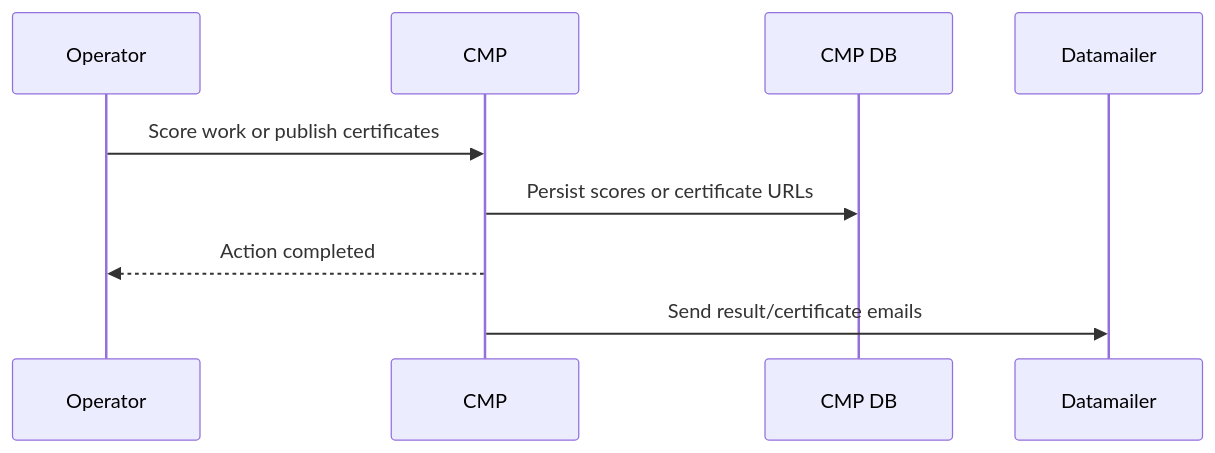
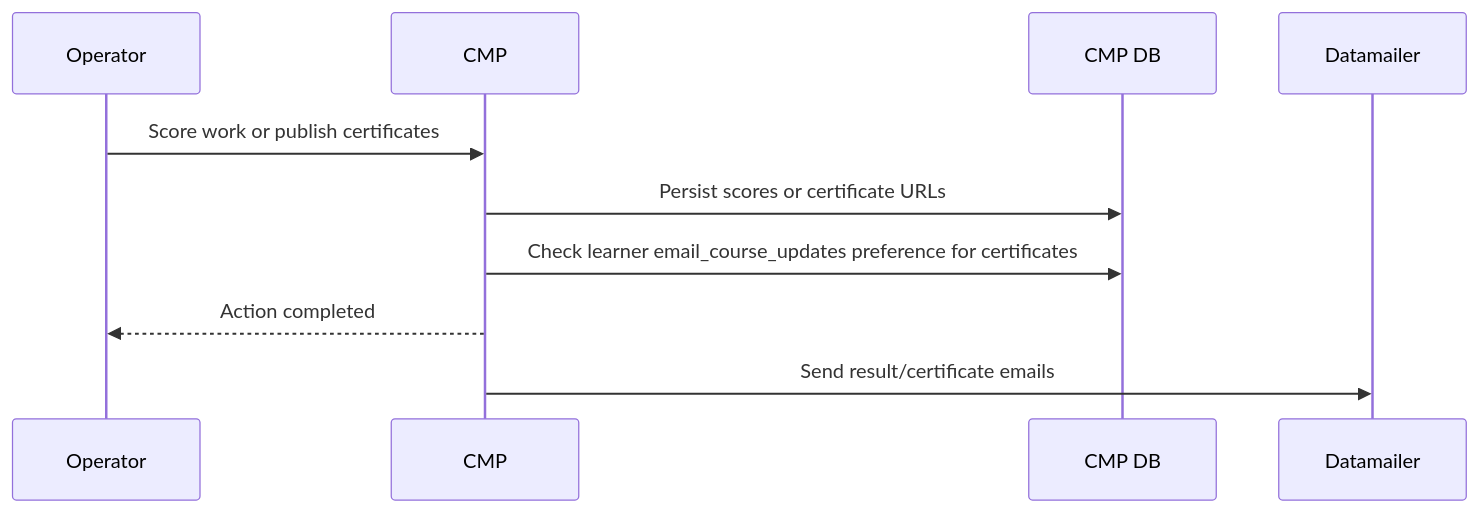
The fifth of 11 diagrams in docs/datamailer-protocol.md (DataTalksClub/course-management-platform), drawn with Mermaid before and after one commit. The commit also changed other lines of this file and 3 other files, not shown here.

Commit message:
Respect course update preference for certificates

````diff
--- a/docs/datamailer-protocol.md
+++ b/docs/datamailer-protocol.md
@@ -324,12 +325,13 @@
 ```mermaid
 sequenceDiagram
     participant Operator
     participant CMP
     participant DB as CMP DB
     participant DM as Datamailer
 
     Operator->>CMP: Score work or publish certificates
     CMP->>DB: Persist scores or certificate URLs
+    CMP->>DB: Check learner email_course_updates preference for certificates
     CMP-->>Operator: Action completed
     CMP->>DM: Send result/certificate emails
 ```
````
